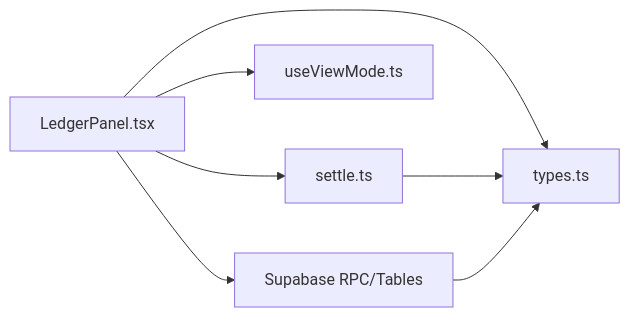
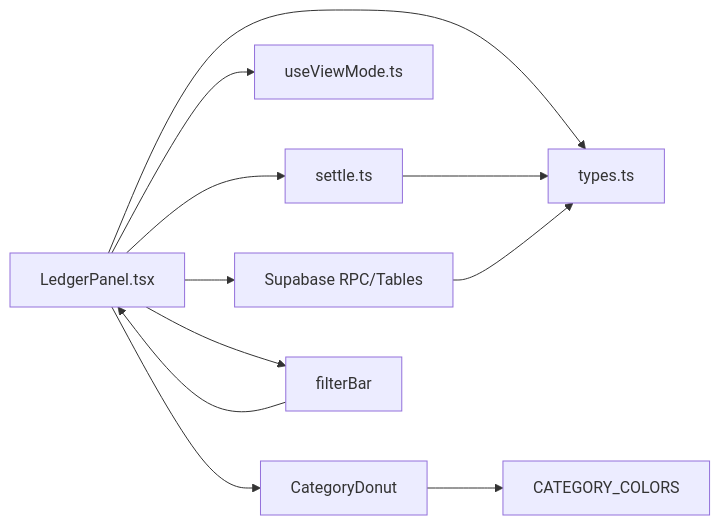
One commit to huangyilu/wanwuyishi changed the ninth of 9 diagrams in .qoder/repowiki/zh/content/核心功能模块/费用管理模块.md. Above: the diagram before and after it, drawn with Mermaid. The commit also changed other lines of this file and 108 other files, not shown here.

````diff
--- a/.qoder/repowiki/zh/content/核心功能模块/费用管理模块.md
+++ b/.qoder/repowiki/zh/content/核心功能模块/费用管理模块.md
@@ -341,9 +389,13 @@
 ```mermaid
 graph LR
 LP["LedgerPanel.tsx"] --> ST["settle.ts"]
 LP --> TP["types.ts"]
 LP --> VM["useViewMode.ts"]
 LP --> SB["Supabase RPC/Tables"]
 ST --> TP
 SB --> TP
+LP --> CD["CategoryDonut"]
+LP --> FB["filterBar"]
+CD --> CC["CATEGORY_COLORS"]
+FB --> LP
 ```
````
